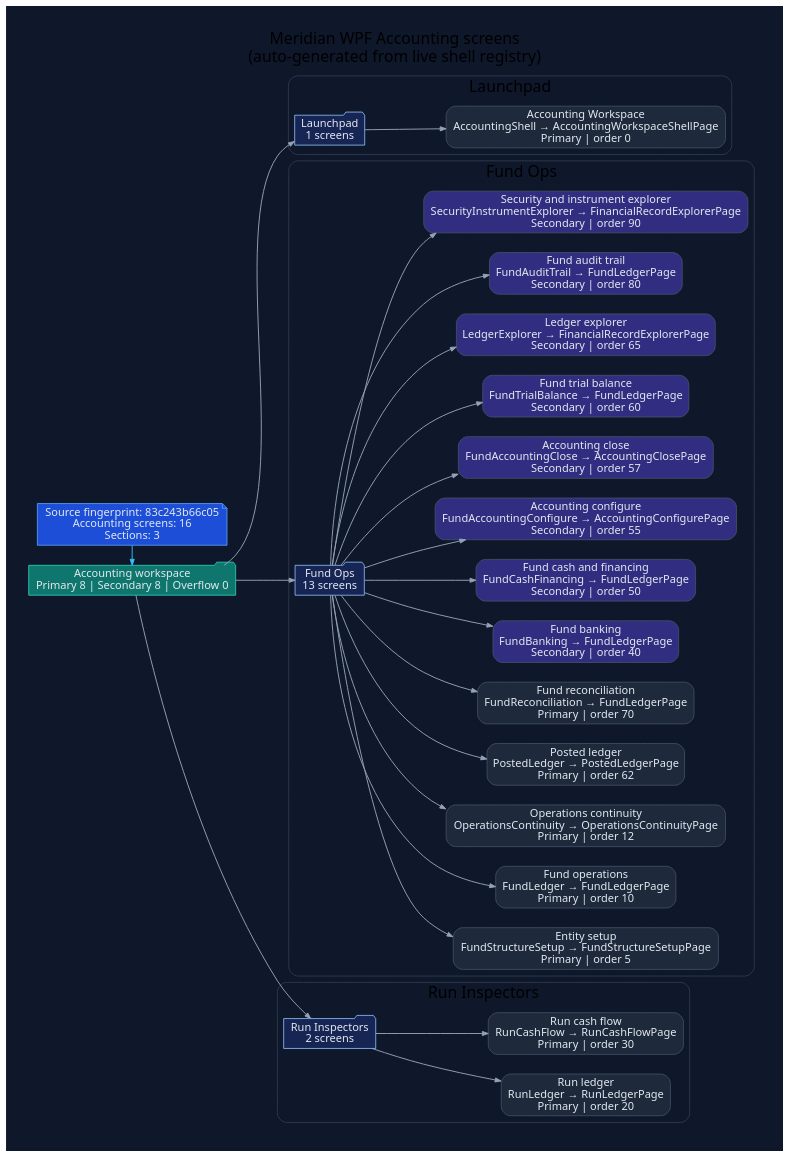
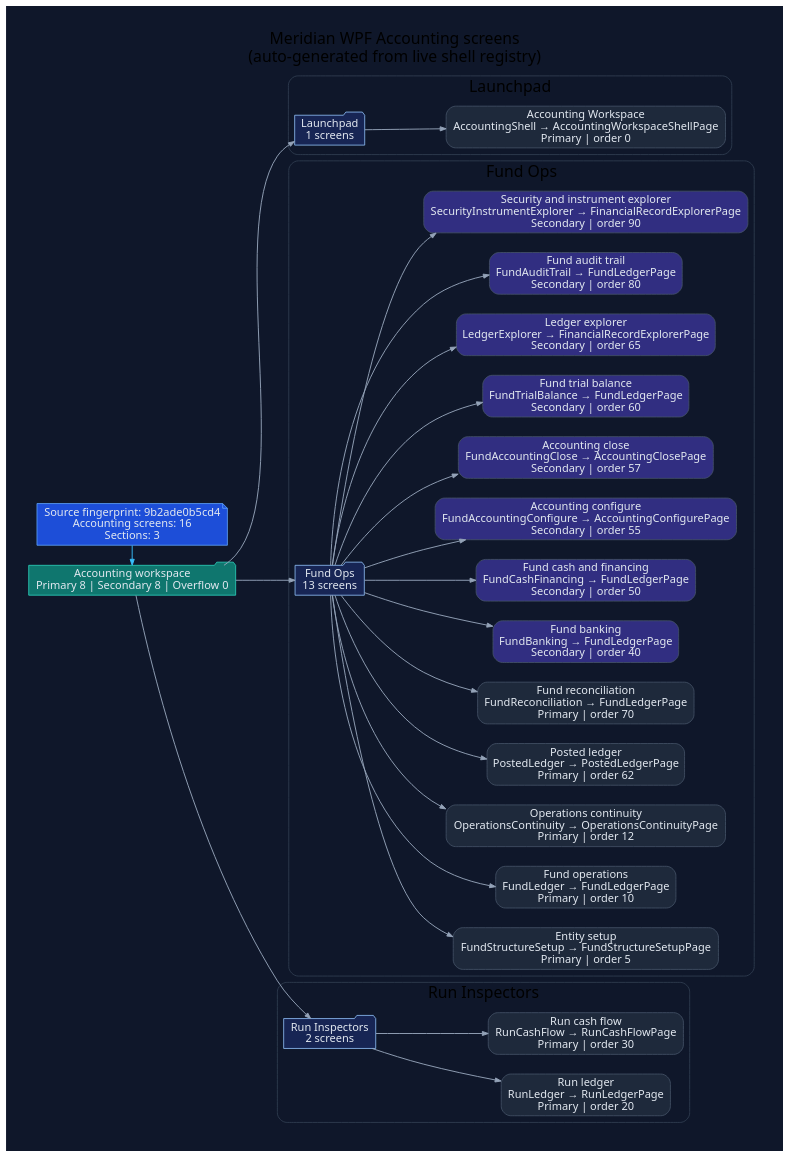
Before and after one commit to rodoHasArrived/Meridian-main: the diagram in docs/diagrams/ui/ui-wpf-screens-accounting.dot, drawn with Graphviz. The commit also changed 50 other files, not shown here.

```diff
--- a/docs/diagrams/ui/ui-wpf-screens-accounting.dot
+++ b/docs/diagrams/ui/ui-wpf-screens-accounting.dot
@@ -1,82 +1,82 @@
 // -----------------------------------------------------------------------------
 // <auto-generated>
 // Generated by scripts/generate-diagrams.mjs.
 // Do not edit this file directly; update the WPF source files instead.
 // -----------------------------------------------------------------------------
 digraph WpfAccountingScreens {
   graph [
     rankdir=LR,
     labelloc=t,
     label="Meridian WPF Accounting screens\n(auto-generated from live shell registry)",
     fontname="Segoe UI",
     fontsize=20,
     pad=0.4,
     nodesep=0.35,
     ranksep=0.85,
     bgcolor="#0f172a"
   ];
   node [fontname="Segoe UI", shape=box, style="rounded,filled", color="#475569", fontcolor="#e2e8f0", fillcolor="#1e293b"];
   edge [fontname="Segoe UI", color="#94a3b8", penwidth=1.2, arrowsize=0.75];
 
-  generated [shape=note, fillcolor="#1d4ed8", color="#60a5fa", label="Source fingerprint: 83c243b66c05\nAccounting screens: 16\nSections: 3"];
+  generated [shape=note, fillcolor="#1d4ed8", color="#60a5fa", label="Source fingerprint: 9b2ade0b5cd4\nAccounting screens: 16\nSections: 3"];
   workspace [shape=folder, fillcolor="#0f766e", color="#2dd4bf", label="Accounting workspace\nPrimary 8 | Secondary 8 | Overflow 0"];
   generated -> workspace [color="#38bdf8"];
 
   subgraph cluster_section_1 {
     label="Launchpad";
     color="#334155";
     style="rounded";
     section_1 [shape=folder, fillcolor="#172554", color="#93c5fd", label="Launchpad\n1 screens"];
     workspace -> section_1;
     screen_AccountingShell [fillcolor="#1e293b", label="Accounting Workspace\nAccountingShell → AccountingWorkspaceShellPage\nPrimary | order 0"];
     section_1 -> screen_AccountingShell;
   }
 
   subgraph cluster_section_2 {
     label="Fund Ops";
     color="#334155";
     style="rounded";
     section_2 [shape=folder, fillcolor="#172554", color="#93c5fd", label="Fund Ops\n13 screens"];
     workspace -> section_2;
     screen_FundStructureSetup [fillcolor="#1e293b", label="Entity setup\nFundStructureSetup → FundStructureSetupPage\nPrimary | order 5"];
     section_2 -> screen_FundStructureSetup;
     screen_FundLedger [fillcolor="#1e293b", label="Fund operations\nFundLedger → FundLedgerPage\nPrimary | order 10"];
     section_2 -> screen_FundLedger;
     screen_OperationsContinuity [fillcolor="#1e293b", label="Operations continuity\nOperationsContinuity → OperationsContinuityPage\nPrimary | order 12"];
     section_2 -> screen_OperationsContinuity;
     screen_PostedLedger [fillcolor="#1e293b", label="Posted ledger\nPostedLedger → PostedLedgerPage\nPrimary | order 62"];
     section_2 -> screen_PostedLedger;
     screen_FundReconciliation [fillcolor="#1e293b", label="Fund reconciliation\nFundReconciliation → FundLedgerPage\nPrimary | order 70"];
     section_2 -> screen_FundReconciliation;
     screen_FundBanking [fillcolor="#312e81", label="Fund banking\nFundBanking → FundLedgerPage\nSecondary | order 40"];
     section_2 -> screen_FundBanking;
     screen_FundCashFinancing [fillcolor="#312e81", label="Fund cash and financing\nFundCashFinancing → FundLedgerPage\nSecondary | order 50"];
     section_2 -> screen_FundCashFinancing;
     screen_FundAccountingConfigure [fillcolor="#312e81", label="Accounting configure\nFundAccountingConfigure → AccountingConfigurePage\nSecondary | order 55"];
     section_2 -> screen_FundAccountingConfigure;
     screen_FundAccountingClose [fillcolor="#312e81", label="Accounting close\nFundAccountingClose → AccountingClosePage\nSecondary | order 57"];
     section_2 -> screen_FundAccountingClose;
     screen_FundTrialBalance [fillcolor="#312e81", label="Fund trial balance\nFundTrialBalance → FundLedgerPage\nSecondary | order 60"];
     section_2 -> screen_FundTrialBalance;
     screen_LedgerExplorer [fillcolor="#312e81", label="Ledger explorer\nLedgerExplorer → FinancialRecordExplorerPage\nSecondary | order 65"];
     section_2 -> screen_LedgerExplorer;
     screen_FundAuditTrail [fillcolor="#312e81", label="Fund audit trail\nFundAuditTrail → FundLedgerPage\nSecondary | order 80"];
     section_2 -> screen_FundAuditTrail;
     screen_SecurityInstrumentExplorer [fillcolor="#312e81", label="Security and instrument explorer\nSecurityInstrumentExplorer → FinancialRecordExplorerPage\nSecondary | order 90"];
     section_2 -> screen_SecurityInstrumentExplorer;
   }
 
   subgraph cluster_section_3 {
     label="Run Inspectors";
     color="#334155";
     style="rounded";
     section_3 [shape=folder, fillcolor="#172554", color="#93c5fd", label="Run Inspectors\n2 screens"];
     workspace -> section_3;
     screen_RunLedger [fillcolor="#1e293b", label="Run ledger\nRunLedger → RunLedgerPage\nPrimary | order 20"];
     section_3 -> screen_RunLedger;
     screen_RunCashFlow [fillcolor="#1e293b", label="Run cash flow\nRunCashFlow → RunCashFlowPage\nPrimary | order 30"];
     section_3 -> screen_RunCashFlow;
   }
 
   { rank=min; generated; workspace; }
 }
```
